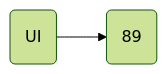
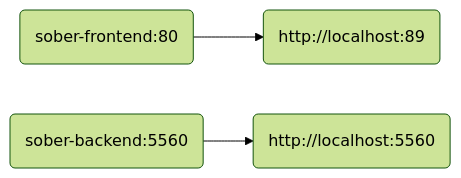
Before and after one commit to chump29/sober: the diagram in README.md, drawn with Mermaid (forest theme). The commit also changed other lines of this file and 127 other files, not shown here.

````diff
--- a/README.md
+++ b/README.md
@@ -24,6 +21,9 @@
 ```mermaid
 flowchart LR
-ui@{shape: rounded, label: "UI"}
-uiPort@{shape: rounded, label: "89"}
-ui-->uiPort
+frontend@{shape: rounded, label: "sober-frontend:80"}
+frontendPort@{shape: rounded, label: "http://localhost:89"}
+backend@{shape: rounded, label: "sober-backend:5560"}
+backendPort@{shape: rounded, label: "http://localhost:5560"}
+frontend-->frontendPort
+backend-->backendPort
 ```
````
